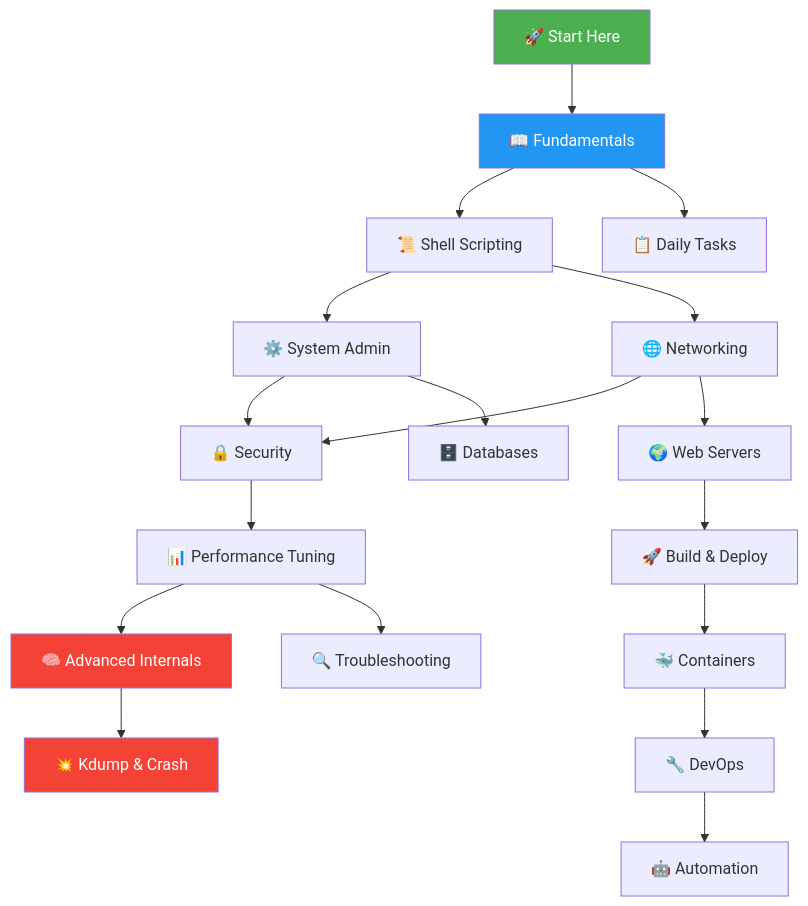
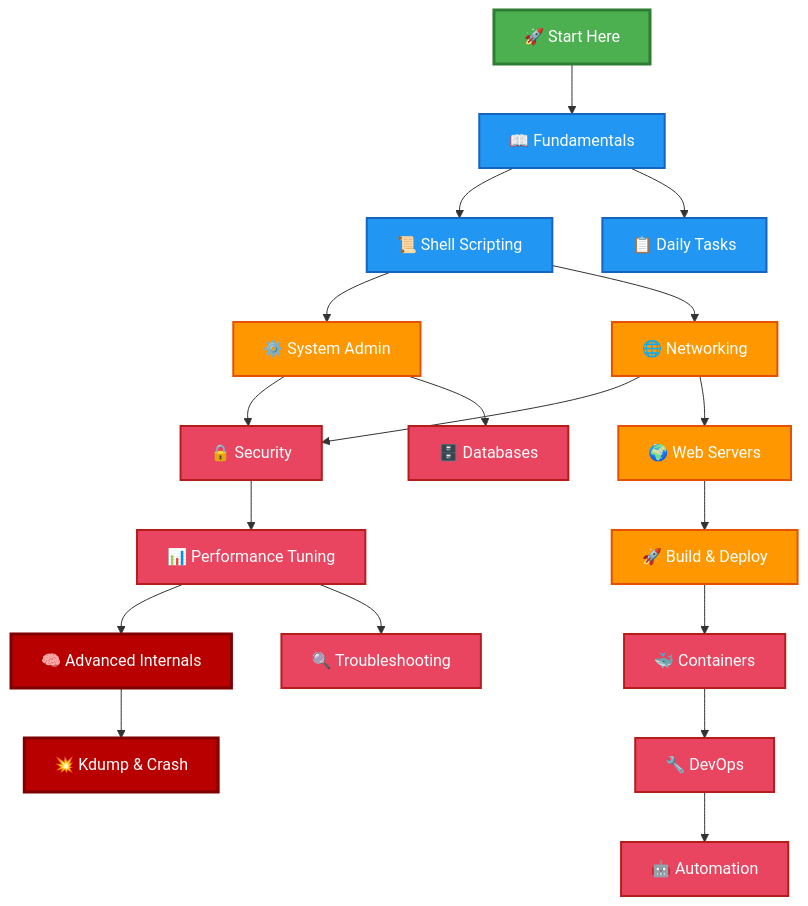
One commit to ShasidharReddy/Linux changed the second of 2 diagrams in README.md. Above: the diagram before and after it, drawn with Mermaid. The commit also changed other lines of this file and 18 other files, not shown here.

First line of the commit message:
feat: add animated workflow diagrams and login banner to all READMEs (#4)

````diff
--- a/README.md
+++ b/README.md
@@ -56,25 +107,26 @@
 ```mermaid
 graph TD
-    START["🚀 Start Here"] --> F["📖 Fundamentals"]
-    F --> SS["📜 Shell Scripting"]
-    F --> DT["📋 Daily Tasks"]
-    SS --> SA["⚙️ System Admin"]
-    SS --> NET["🌐 Networking"]
-    SA --> SEC["🔒 Security"]
-    SA --> DB["🗄️ Databases"]
+    START["🚀 Start Here"]:::start --> F["📖 Fundamentals"]:::basic
+    F --> SS["📜 Shell Scripting"]:::basic
+    F --> DT["📋 Daily Tasks"]:::basic
+    SS --> SA["⚙️ System Admin"]:::mid
+    SS --> NET["🌐 Networking"]:::mid
+    SA --> SEC["🔒 Security"]:::adv
+    SA --> DB["🗄️ Databases"]:::adv
     NET --> SEC
-    NET --> WS["🌍 Web Servers"]
-    WS --> BD["🚀 Build & Deploy"]
-    BD --> CON["🐳 Containers"]
-    CON --> DO["🔧 DevOps"]
-    SEC --> PT["📊 Performance Tuning"]
-    DO --> AUTO["🤖 Automation"]
-    PT --> AI["🧠 Advanced Internals"]
-    AI --> KD["💥 Kdump & Crash"]
-    PT --> TS["🔍 Troubleshooting"]
+    NET --> WS["🌍 Web Servers"]:::mid
+    WS --> BD["🚀 Build & Deploy"]:::mid
+    BD --> CON["🐳 Containers"]:::adv
+    CON --> DO["🔧 DevOps"]:::adv
+    SEC --> PT["📊 Performance Tuning"]:::adv
+    DO --> AUTO["🤖 Automation"]:::adv
+    PT --> AI["🧠 Advanced Internals"]:::expert
+    AI --> KD["💥 Kdump & Crash"]:::expert
+    PT --> TS["🔍 Troubleshooting"]:::adv
 
-    style START fill:#4CAF50,color:#fff
-    style F fill:#2196F3,color:#fff
-    style AI fill:#f44336,color:#fff
-    style KD fill:#f44336,color:#fff
+    classDef start fill:#4CAF50,stroke:#2E7D32,color:#fff,stroke-width:3px
+    classDef basic fill:#2196F3,stroke:#1565C0,color:#fff,stroke-width:2px
+    classDef mid fill:#FF9800,stroke:#E65100,color:#fff,stroke-width:2px
+    classDef adv fill:#e94560,stroke:#b71c1c,color:#fff,stroke-width:2px
+    classDef expert fill:#b80000,stroke:#7f0000,color:#fff,stroke-width:3px
 ```
````
